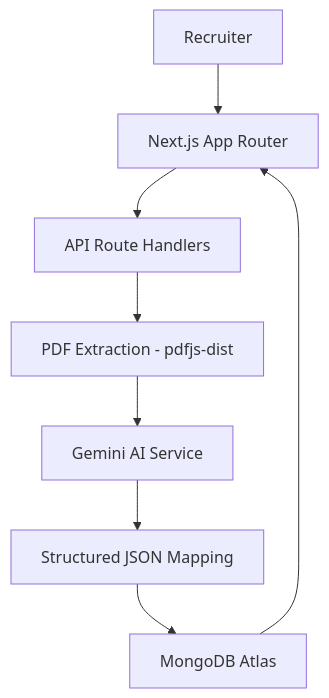
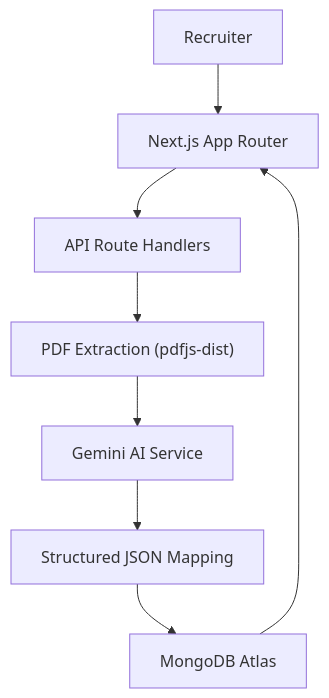
Before and after one commit to maximemucyo/cyilima-talents: the diagram in README.md, drawn with Mermaid.

Commit message:
Fix: Mermaid diagram syntax in README.md

````diff
--- a/README.md
+++ b/README.md
@@ -16,10 +16,10 @@
 ```mermaid
 graph TD
-    A[Recruiter] --> B[Next.js App Router]
-    B --> C[API Route Handlers]
-    C --> D[PDF Extraction - pdfjs-dist]
-    D --> E[Gemini AI Service]
-    E --> F[Structured JSON Mapping]
-    F --> G[MongoDB Atlas]
+    A["Recruiter"] --> B["Next.js App Router"]
+    B --> C["API Route Handlers"]
+    C --> D["PDF Extraction (pdfjs-dist)"]
+    D --> E["Gemini AI Service"]
+    E --> F["Structured JSON Mapping"]
+    F --> G["MongoDB Atlas"]
     G --> B
 ```
````
